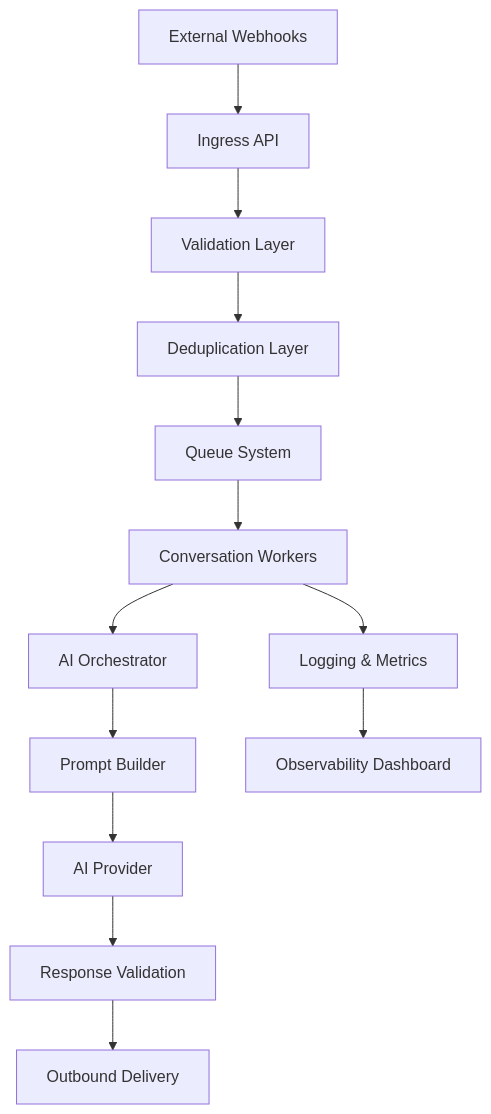
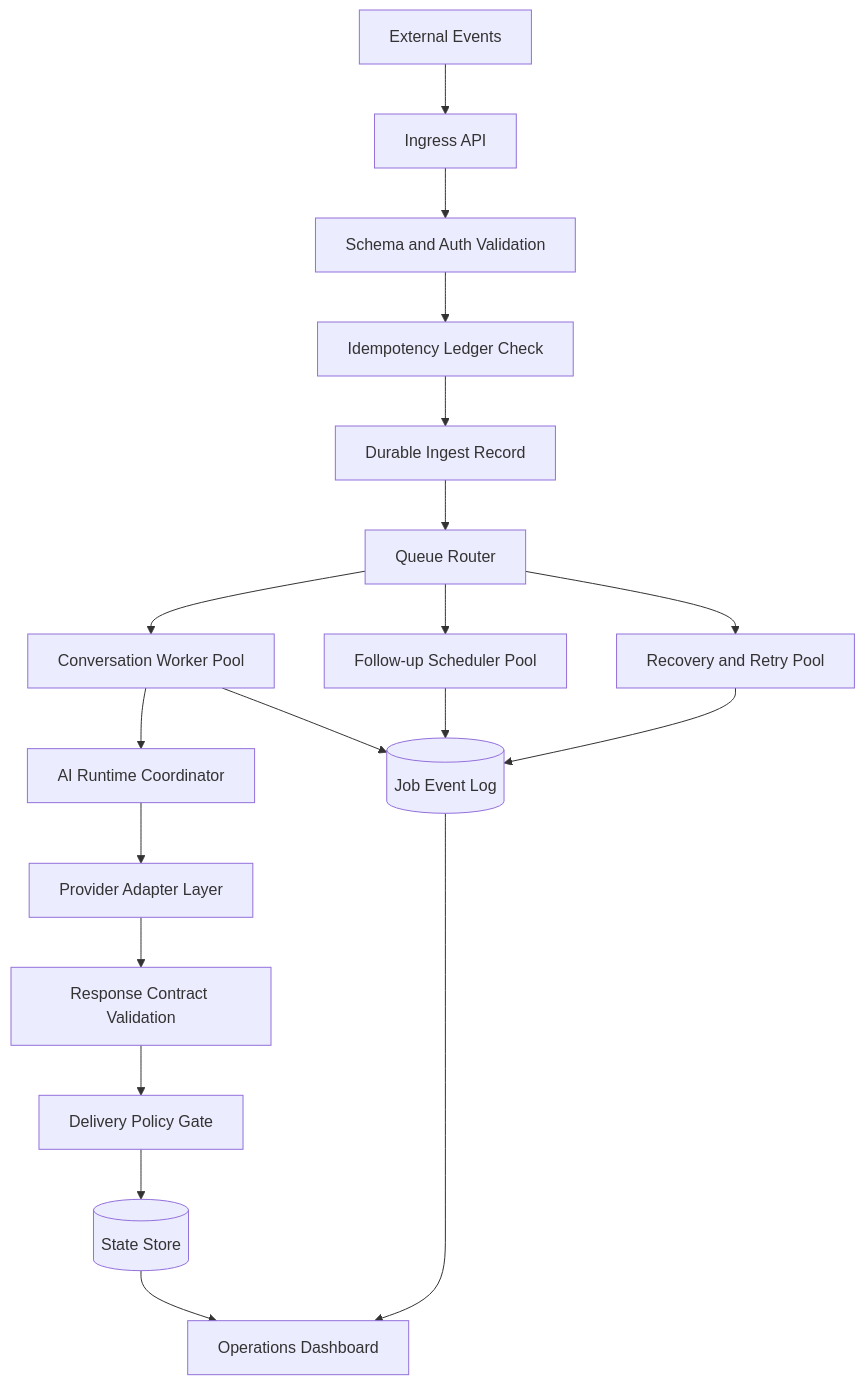
One commit to Ahsankhalid618/ai-automation-system-design changed the diagram in architecture/system-overview.md. Above: the diagram before and after it, drawn with Mermaid. The commit also changed other lines of this file and 15 other files, not shown here.

````diff
--- a/architecture/system-overview.md
+++ b/architecture/system-overview.md
@@ -23,27 +30,25 @@
 ```mermaid
 flowchart TD
+  A[External Events] --> B[Ingress API]
+  B --> C[Schema and Auth Validation]
+  C --> D[Idempotency Ledger Check]
+  D --> E[Durable Ingest Record]
+  E --> F[Queue Router]
 
-A[External Webhooks] --> B[Ingress API]
+  F --> G1[Conversation Worker Pool]
+  F --> G2[Follow-up Scheduler Pool]
+  F --> G3[Recovery and Retry Pool]
 
-B --> C[Validation Layer]
+  G1 --> H[AI Runtime Coordinator]
+  H --> I[Provider Adapter Layer]
+  I --> J[Response Contract Validation]
+  J --> K[Delivery Policy Gate]
 
-C --> D[Deduplication Layer]
+  K --> L[(State Store)]
+  G1 --> M[(Job Event Log)]
+  G2 --> M
+  G3 --> M
 
-D --> E[Queue System]
-
-E --> F[Conversation Workers]
-
-F --> G[AI Orchestrator]
-
-G --> H[Prompt Builder]
-
-H --> I[AI Provider]
-
-I --> J[Response Validation]
-
-J --> K[Outbound Delivery]
-
-F --> L[Logging & Metrics]
-
-L --> M[Observability Dashboard]
+  M --> N[Operations Dashboard]
+  L --> N
 ```
````
